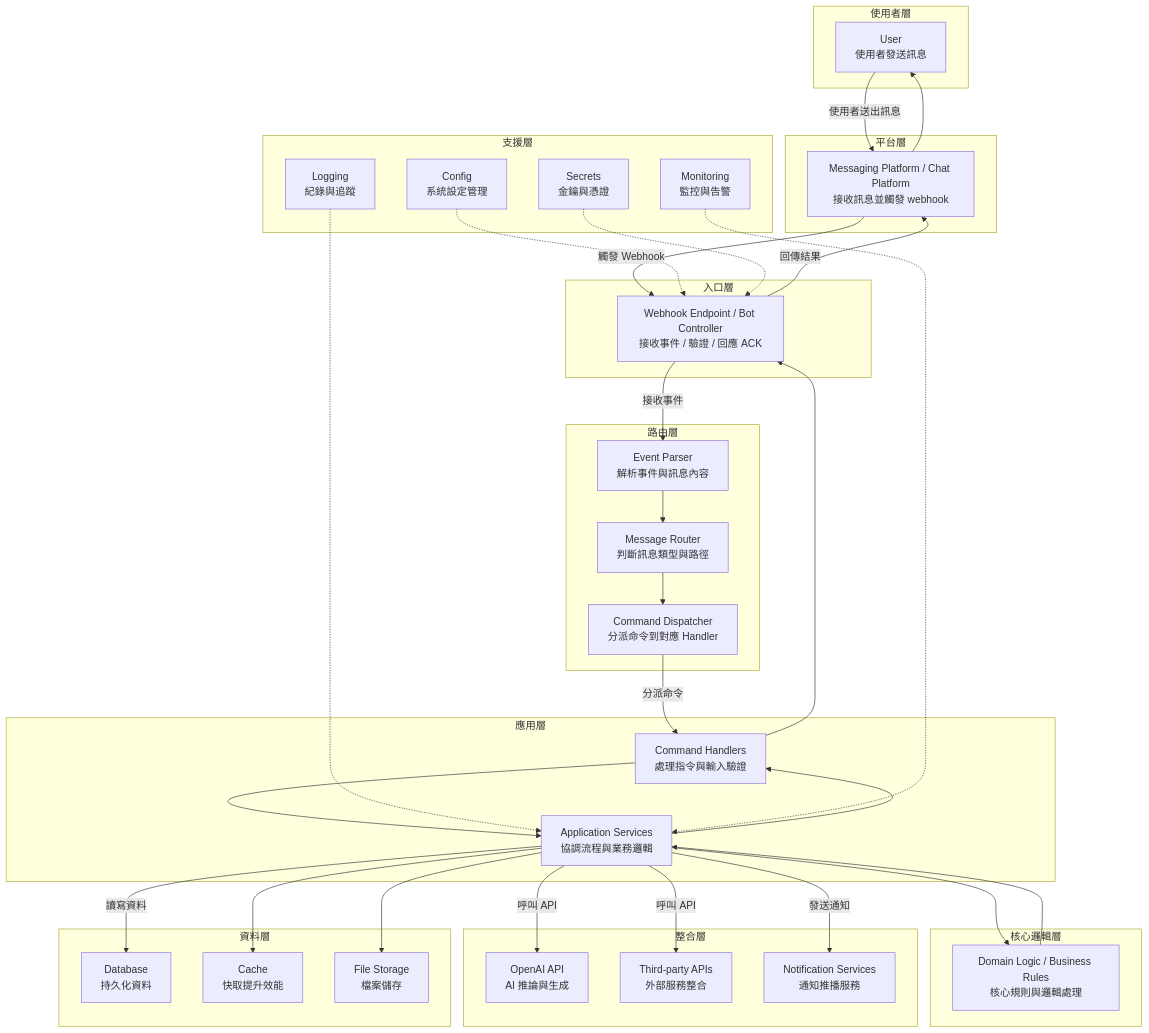
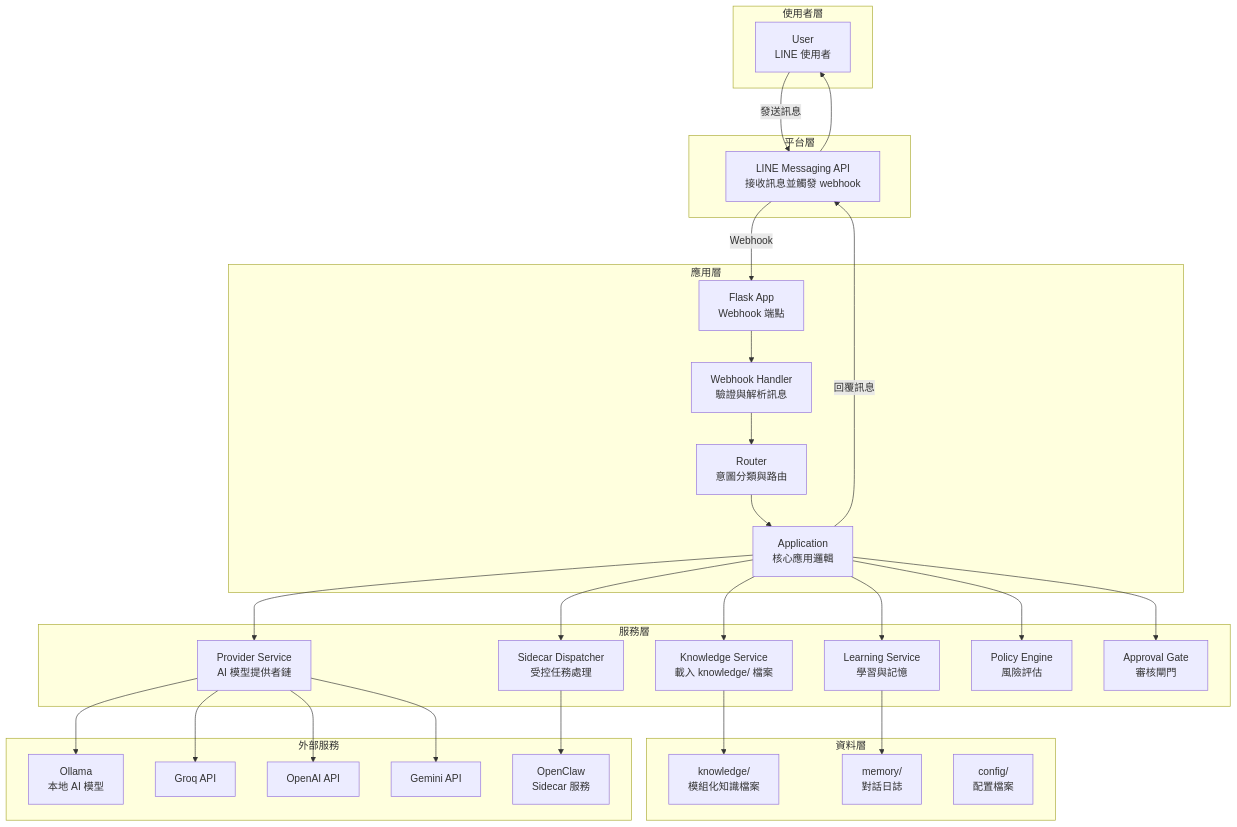
Before and after one commit to JustinChangTW/xlx-bot: the diagram in architecture.md, drawn with Mermaid. The commit also changed other lines of this file and 17 other files, not shown here.

First line of the commit message:
feat: 實現可觀測恢復鏈與受控 OpenClaw Phase 版本

````diff
--- a/architecture.md
+++ b/architecture.md
@@ -9,89 +7,70 @@
 ```mermaid
 flowchart TD
     %% ========== 使用者層 ==========
-    subgraph L1[使用者層]
-        U[User<br/>使用者發送訊息]
+    subgraph U[使用者層]
+        User[User<br/>LINE 使用者]
     end
 
     %% ========== 平台層 ==========
-    subgraph L2[平台層]
-        MP[Messaging Platform / Chat Platform<br/>接收訊息並觸發 webhook]
-    end
-
-    %% ========== 入口層 ==========
-    subgraph L3[入口層]
-        WH[Webhook Endpoint / Bot Controller<br/>接收事件 / 驗證 / 回應 ACK]
-    end
-
-    %% ========== 路由層 ==========
-    subgraph L4[路由層]
-        EP[Event Parser<br/>解析事件與訊息內容]
-        MR[Message Router<br/>判斷訊息類型與路徑]
-        CD[Command Dispatcher<br/>分派命令到對應 Handler]
+    subgraph P[平台層]
+        LINE[LINE Messaging API<br/>接收訊息並觸發 webhook]
     end
 
     %% ========== 應用層 ==========
-    subgraph L5[應用層]
-        CH[Command Handlers<br/>處理指令與輸入驗證]
-        AS[Application Services<br/>協調流程與業務邏輯]
+    subgraph A[應用層]
+        Flask[Flask App<br/>Webhook 端點]
+        WebhookHandler[Webhook Handler<br/>驗證與解析訊息]
+        Router[Router<br/>意圖分類與路由]
+        Application[Application<br/>核心應用邏輯]
     end
 
-    %% ========== 核心邏輯層 ==========
-    subgraph L6[核心邏輯層]
-        DL[Domain Logic / Business Rules<br/>核心規則與邏輯處理]
-    end
-
-    %% ========== 整合層 ==========
-    subgraph L7[整合層]
-        OA[OpenAI API<br/>AI 推論與生成]
-        TP[Third-party APIs<br/>外部服務整合]
-        NS[Notification Services<br/>通知推播服務]
+    %% ========== 服務層 ==========
+    subgraph S[服務層]
+        Knowledge[Knowledge Service<br/>載入 knowledge/ 檔案]
+        Providers[Provider Service<br/>AI 模型提供者鏈]
+        Sidecar[Sidecar Dispatcher<br/>受控任務處理]
+        Learning[Learning Service<br/>學習與記憶]
+        Policy[Policy Engine<br/>風險評估]
+        Approval[Approval Gate<br/>審核閘門]
     end
 
     %% ========== 資料層 ==========
-    subgraph L8[資料層]
-        DB[Database<br/>持久化資料]
-        CA[Cache<br/>快取提升效能]
-        FS[File Storage<br/>檔案儲存]
+    subgraph D[資料層]
+        KnowledgeFiles[knowledge/<br/>模組化知識檔案]
+        Memory[memory/<br/>對話日誌]
+        Config[config/<br/>配置檔案]
     end
 
-    %% ========== 支援層 ==========
-    subgraph L9[支援層]
-        CFG[Config<br/>系統設定管理]
-        SEC[Secrets<br/>金鑰與憑證]
-        LOG[Logging<br/>紀錄與追蹤]
-        MON[Monitoring<br/>監控與告警]
+    %% ========== 外部服務 ==========
+    subgraph E[外部服務]
+        Ollama[Ollama<br/>本地 AI 模型]
+        Groq[Groq API]
+        OpenAI[OpenAI API]
+        Gemini[Gemini API]
+        OpenClaw[OpenClaw<br/>Sidecar 服務]
     end
 
     %% ========== 主流程 ==========
-    U -->|使用者送出訊息| MP
-    MP -->|觸發 Webhook| WH
-    WH -->|接收事件| EP
-    EP --> MR
-    MR --> CD
-    CD -->|分派命令| CH
-    CH --> AS
-    AS --> DL
+    User -->|發送訊息| LINE
+    LINE -->|Webhook| Flask
+    Flask --> WebhookHandler
+    WebhookHandler --> Router
+    Router --> Application
+    Application --> Knowledge
+    Application --> Providers
+    Application --> Sidecar
+    Application --> Learning
+    Application --> Policy
+    Application --> Approval
 
-    %% ========== Service 呼叫 ==========
-    AS -->|呼叫 API| OA
-    AS -->|呼叫 API| TP
-    AS -->|發送通知| NS
+    Knowledge --> KnowledgeFiles
+    Learning --> Memory
+    Providers --> Ollama
+    Providers --> Groq
+    Providers --> OpenAI
+    Providers --> Gemini
+    Sidecar --> OpenClaw
 
-    AS -->|讀寫資料| DB
-    AS --> CA
-    AS --> FS
-
-    %% ========== 回傳流程 ==========
-    DL --> AS
-    AS --> CH
-    CH --> WH
-    WH -->|回傳結果| MP
-    MP --> U
-
-    %% ========== 支援層關聯 ==========
-    CFG -.-> WH
-    SEC -.-> WH
-    LOG -.-> AS
-    MON -.-> AS
+    Application -->|回覆訊息| LINE
+    LINE --> User
 ```
````
